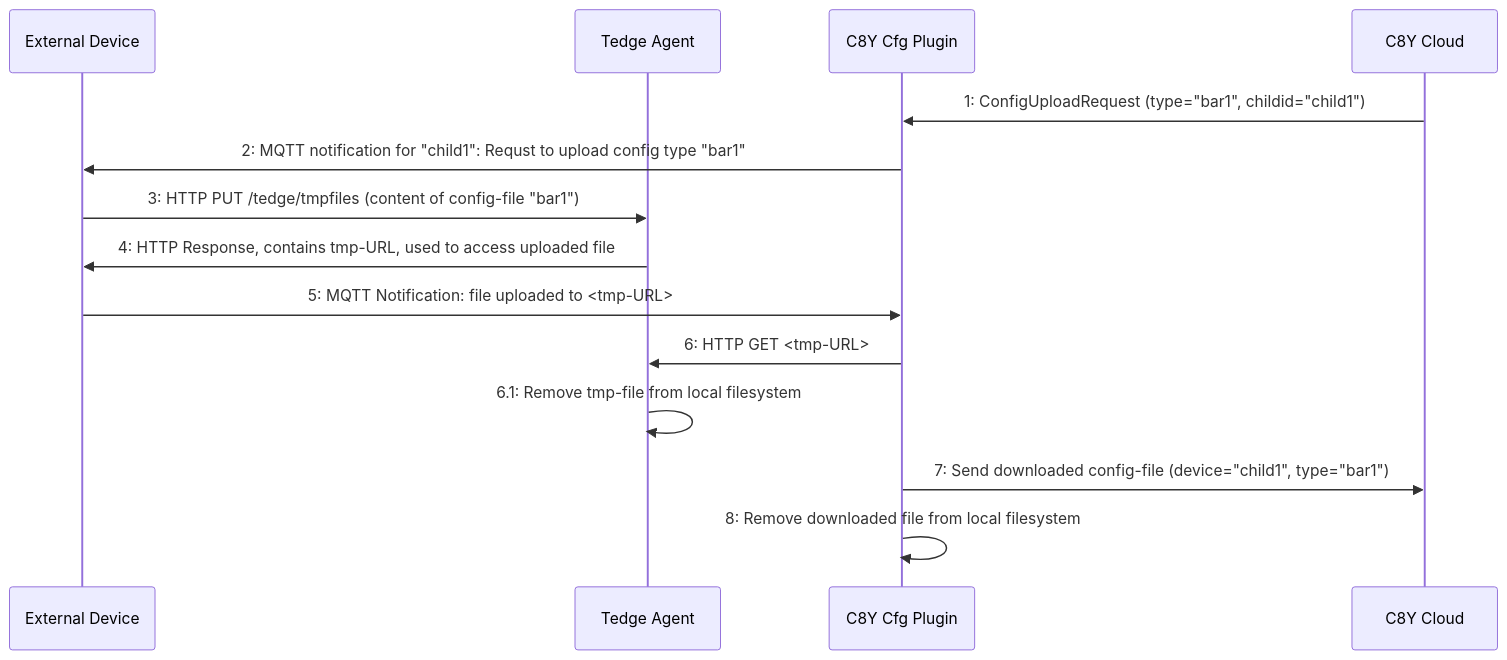
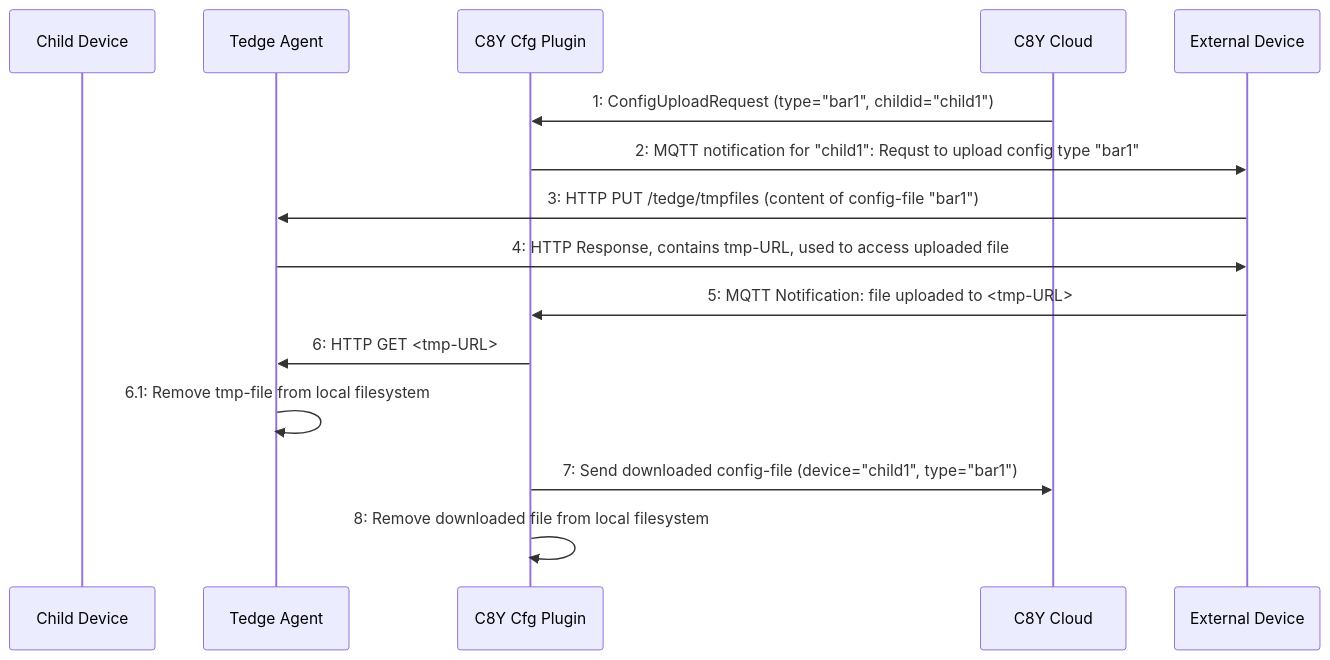
The first of 2 diagrams in docs/src/references/c8y-configuration-management.md (thin-edge/thin-edge.io), drawn with Mermaid before and after one commit.

Commit message:
use child-dev instead of external-dev

````diff
--- a/docs/src/references/c8y-configuration-management.md
+++ b/docs/src/references/c8y-configuration-management.md
@@ -281,21 +281,21 @@
 ```mermaid
 sequenceDiagram
-    participant External Device
+    participant Child Device
     participant Tedge Agent
     participant C8Y Cfg Plugin
     participant C8Y Cloud
 
         C8Y Cloud->>C8Y Cfg Plugin: 1: ConfigUploadRequest (type="bar1", childid="child1")
         C8Y Cfg Plugin->>External Device: 2: MQTT notification for "child1": Requst to upload config type "bar1"
 
         External Device->>Tedge Agent: 3: HTTP PUT /tedge/tmpfiles (content of config-file "bar1")
         Tedge Agent->>External Device: 4: HTTP Response, contains tmp-URL, used to access uploaded file
 
         External Device->>C8Y Cfg Plugin: 5: MQTT Notification: file uploaded to <tmp-URL>
         
         C8Y Cfg Plugin->>Tedge Agent: 6: HTTP GET <tmp-URL>
         Tedge Agent->>Tedge Agent: 6.1: Remove tmp-file from local filesystem
         C8Y Cfg Plugin->>C8Y Cloud: 7: Send downloaded config-file (device="child1", type="bar1") 
 
         C8Y Cfg Plugin->>C8Y Cfg Plugin: 8: Remove downloaded file from local filesystem
 ```
````
